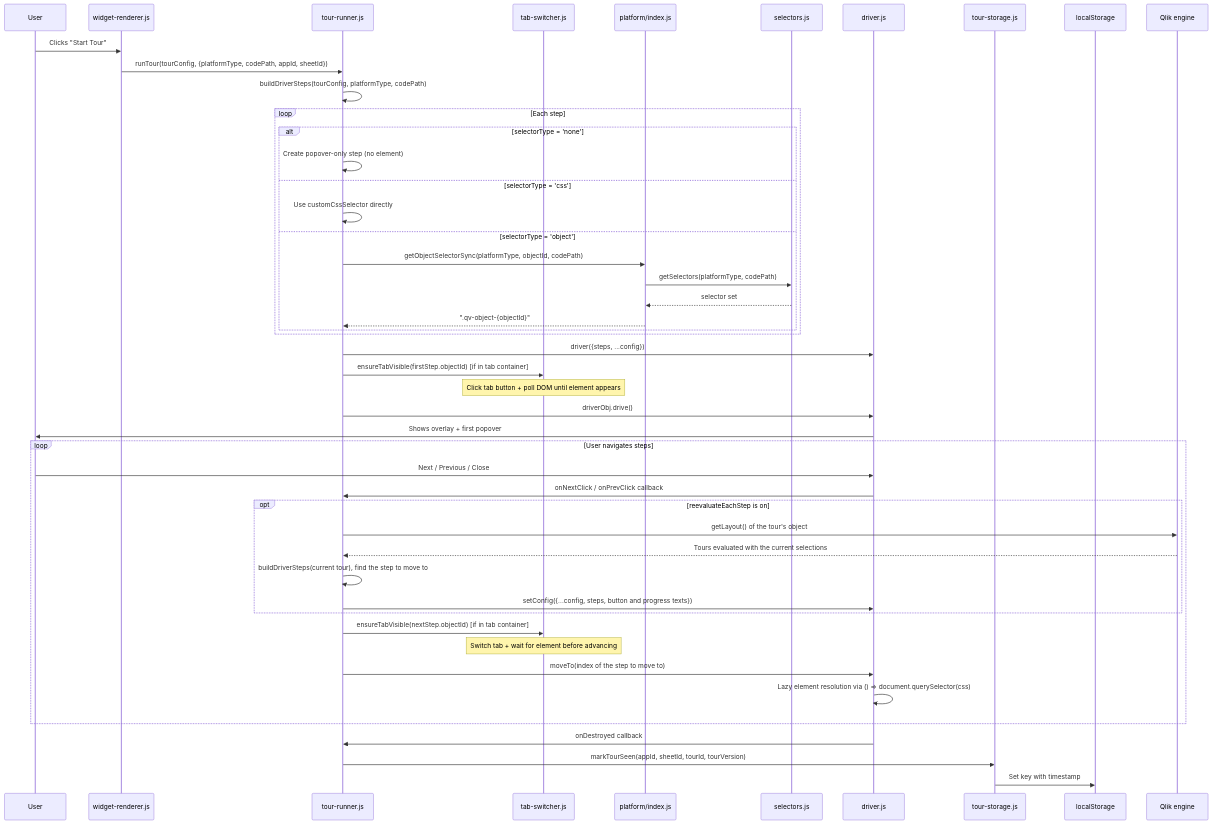
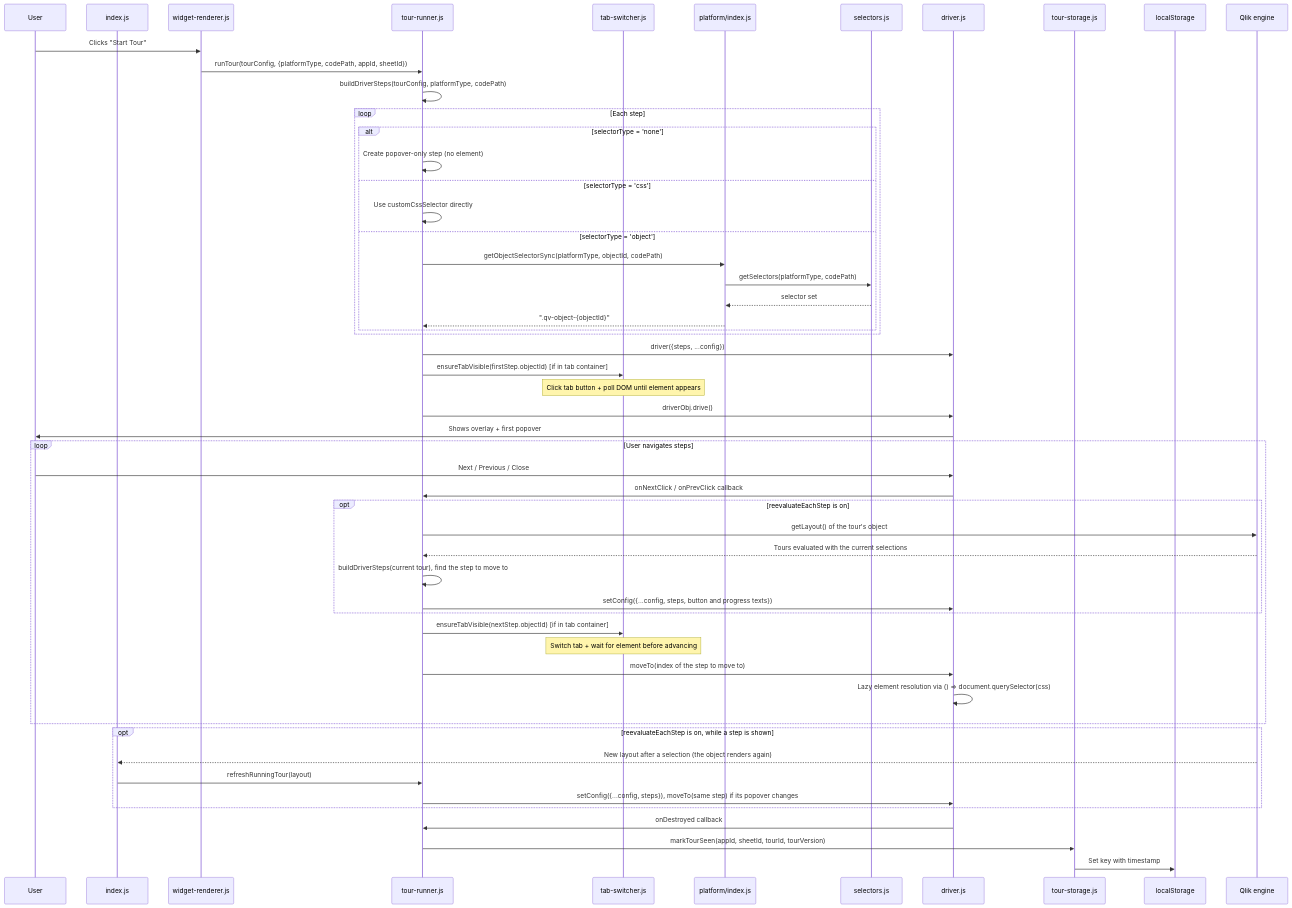
The second of 6 diagrams in docs/TOUR-SYSTEM.md (ptarmiganlabs/onboard.qs), drawn with Mermaid before and after one commit. The commit also changed other lines of this file and 8 other files, not shown here.

````diff
--- a/docs/TOUR-SYSTEM.md
+++ b/docs/TOUR-SYSTEM.md
@@ -109,55 +109,62 @@
 ```mermaid
 sequenceDiagram
     participant User
+    participant IX as index.js
     participant WR as widget-renderer.js
     participant TR as tour-runner.js
     participant TB as tab-switcher.js
     participant PI as platform/index.js
     participant SE as selectors.js
     participant DJ as driver.js
     participant TS as tour-storage.js
     participant LS as localStorage
     participant QE as Qlik engine
 
     User->>WR: Clicks "Start Tour"
     WR->>TR: runTour(tourConfig, {platformType, codePath, appId, sheetId})
     TR->>TR: buildDriverSteps(tourConfig, platformType, codePath)
 
     loop Each step
         alt selectorType = 'none'
             TR->>TR: Create popover-only step (no element)
         else selectorType = 'css'
             TR->>TR: Use customCssSelector directly
         else selectorType = 'object'
             TR->>PI: getObjectSelectorSync(platformType, objectId, codePath)
             PI->>SE: getSelectors(platformType, codePath)
             SE-->>PI: selector set
             PI-->>TR: ".qv-object-{objectId}"
         end
     end
 
     TR->>DJ: driver({steps, ...config})
     TR->>TB: ensureTabVisible(firstStep.objectId) [if in tab container]
     Note over TB: Click tab button + poll DOM until element appears
     TR->>DJ: driverObj.drive()
     DJ->>User: Shows overlay + first popover
 
     loop User navigates steps
         User->>DJ: Next / Previous / Close
         DJ->>TR: onNextClick / onPrevClick callback
         opt reevaluateEachStep is on
             TR->>QE: getLayout() of the tour's object
             QE-->>TR: Tours evaluated with the current selections
             TR->>TR: buildDriverSteps(current tour), find the step to move to
             TR->>DJ: setConfig({...config, steps, button and progress texts})
         end
         TR->>TB: ensureTabVisible(nextStep.objectId) [if in tab container]
         Note over TB: Switch tab + wait for element before advancing
         TR->>DJ: moveTo(index of the step to move to)
         DJ->>DJ: Lazy element resolution via () => document.querySelector(css)
     end
 
+    opt reevaluateEachStep is on, while a step is shown
+        QE-->>IX: New layout after a selection (the object renders again)
+        IX->>TR: refreshRunningTour(layout)
+        TR->>DJ: setConfig({...config, steps}), moveTo(same step) if its popover changes
+    end
+
     DJ->>TR: onDestroyed callback
     TR->>TS: markTourSeen(appId, sheetId, tourId, tourVersion)
     TS->>LS: Set key with timestamp
 ```
````
